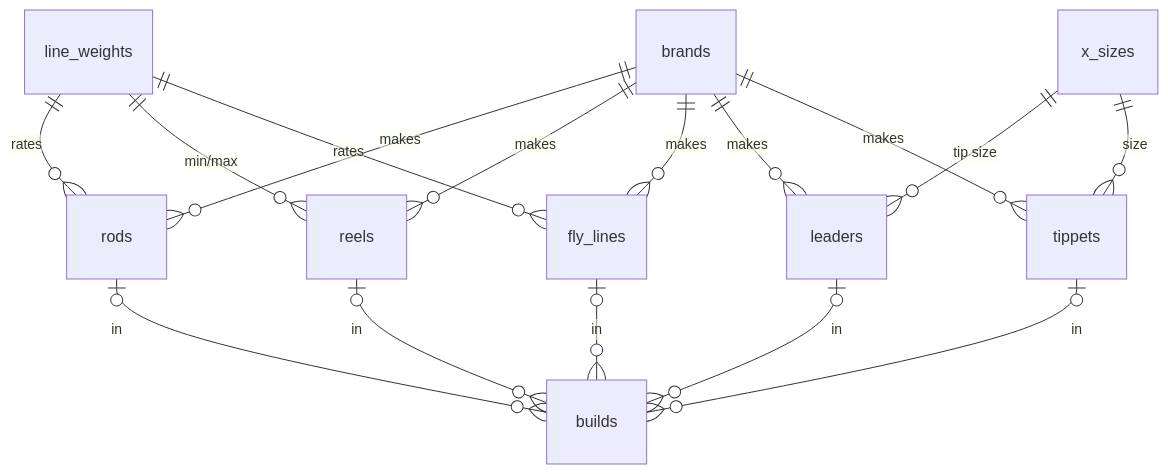
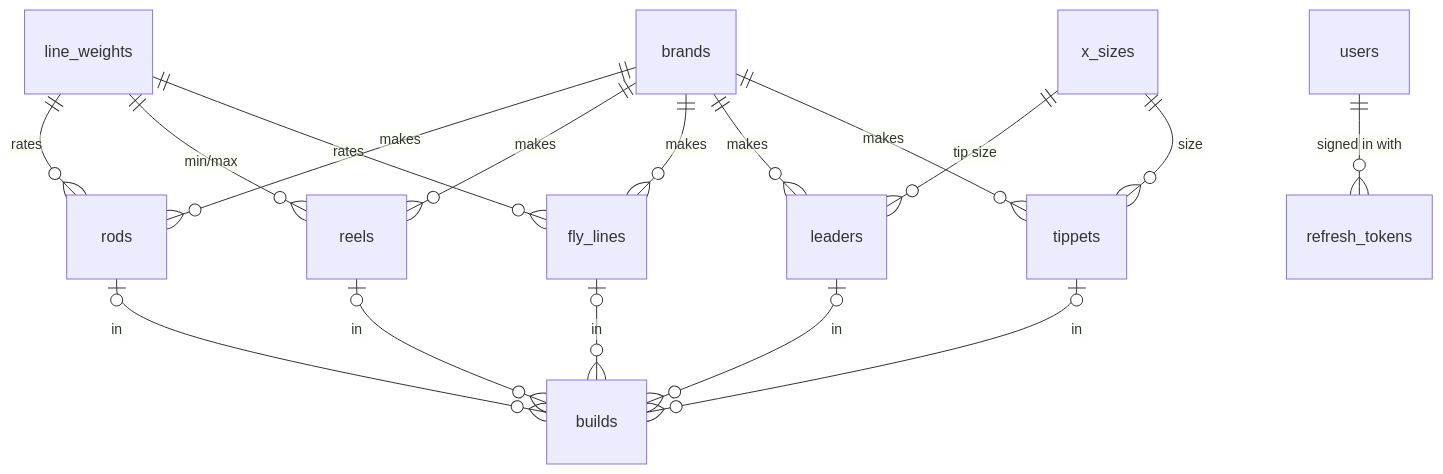
One commit to Alchabom/RodPartPicker changed the diagram in docs/database/schema-design.md. Above: the diagram before and after it, drawn with Mermaid. The commit also changed other lines of this file and 2 other files, not shown here.

Commit message:
feat(db): add users, login codes and refresh tokens

````diff
--- a/docs/database/schema-design.md
+++ b/docs/database/schema-design.md
@@ -88,18 +88,19 @@
 ```mermaid
 erDiagram
   brands ||--o{ rods : makes
   brands ||--o{ reels : makes
   brands ||--o{ fly_lines : makes
   brands ||--o{ leaders : makes
   brands ||--o{ tippets : makes
   line_weights ||--o{ rods : rates
   line_weights ||--o{ reels : "min/max"
   line_weights ||--o{ fly_lines : rates
   x_sizes ||--o{ leaders : "tip size"
   x_sizes ||--o{ tippets : size
   rods |o--o{ builds : in
   reels |o--o{ builds : in
   fly_lines |o--o{ builds : in
   leaders |o--o{ builds : in
   tippets |o--o{ builds : in
+  users ||--o{ refresh_tokens : "signed in with"
 ```
````
